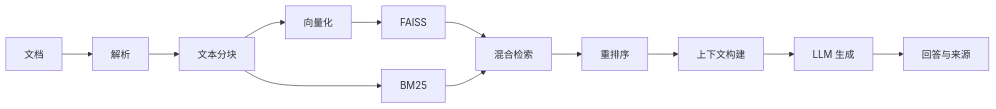
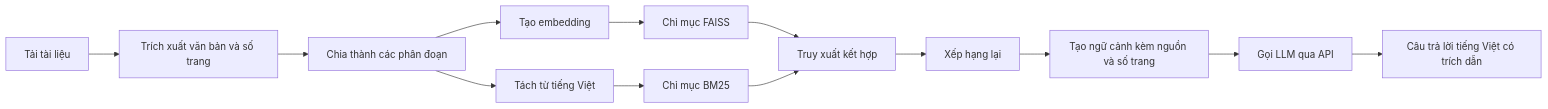
Before and after one commit to CaoRIV/learnbot_ai: the diagram in README.md, drawn with Mermaid. The commit also changed other lines of this file and 8 other files, not shown here.

````diff
--- a/README.md
+++ b/README.md
@@ -35,14 +37,15 @@
 ```mermaid
 flowchart LR
-    A[文档] --> B[解析]
-    B --> C[文本分块]
-    C --> D[向量化]
-    D --> E[FAISS]
-    C --> F[BM25]
-    E --> G[混合检索]
-    F --> G
-    G --> H[重排序]
-    H --> I[上下文构建]
-    I --> J[LLM 生成]
-    J --> K[回答与来源]
+    A[Tải tài liệu] --> B[Trích xuất văn bản và số trang]
+    B --> C[Chia thành các phân đoạn]
+    C --> D[Tạo embedding]
+    D --> E[Chỉ mục FAISS]
+    C --> F[Tách từ tiếng Việt]
+    F --> G[Chỉ mục BM25]
+    E --> H[Truy xuất kết hợp]
+    G --> H
+    H --> I[Xếp hạng lại]
+    I --> J[Tạo ngữ cảnh kèm nguồn và số trang]
+    J --> K[Gọi LLM qua API]
+    K --> L[Câu trả lời tiếng Việt có trích dẫn]
 ```
````
